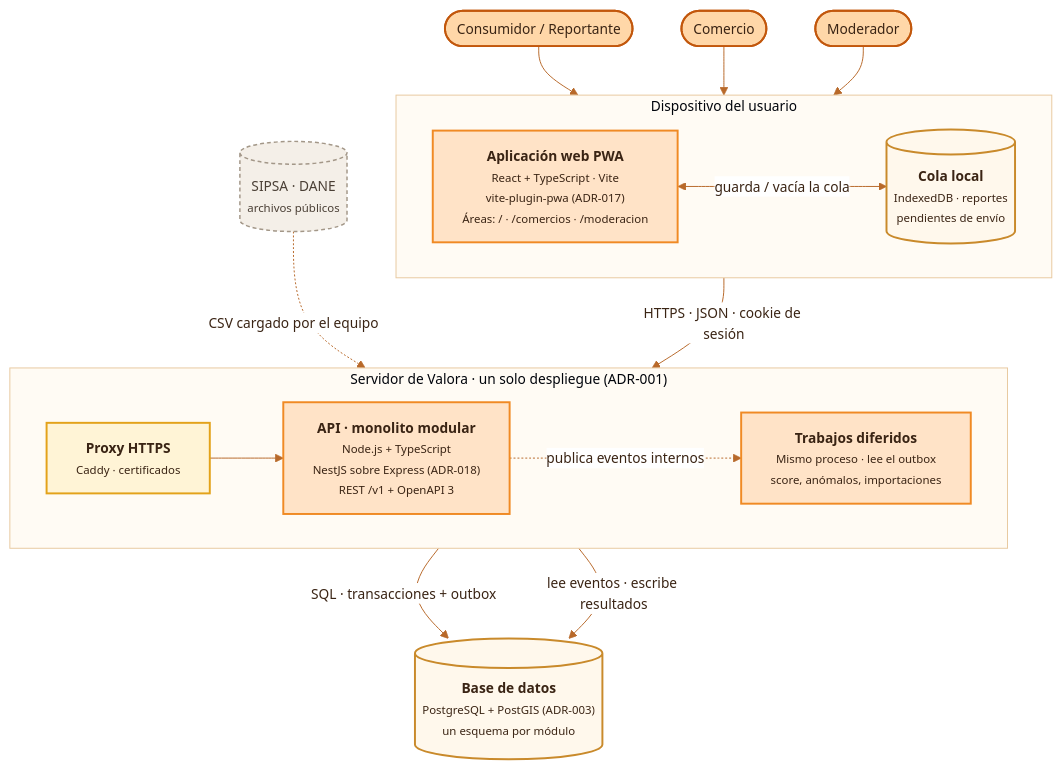
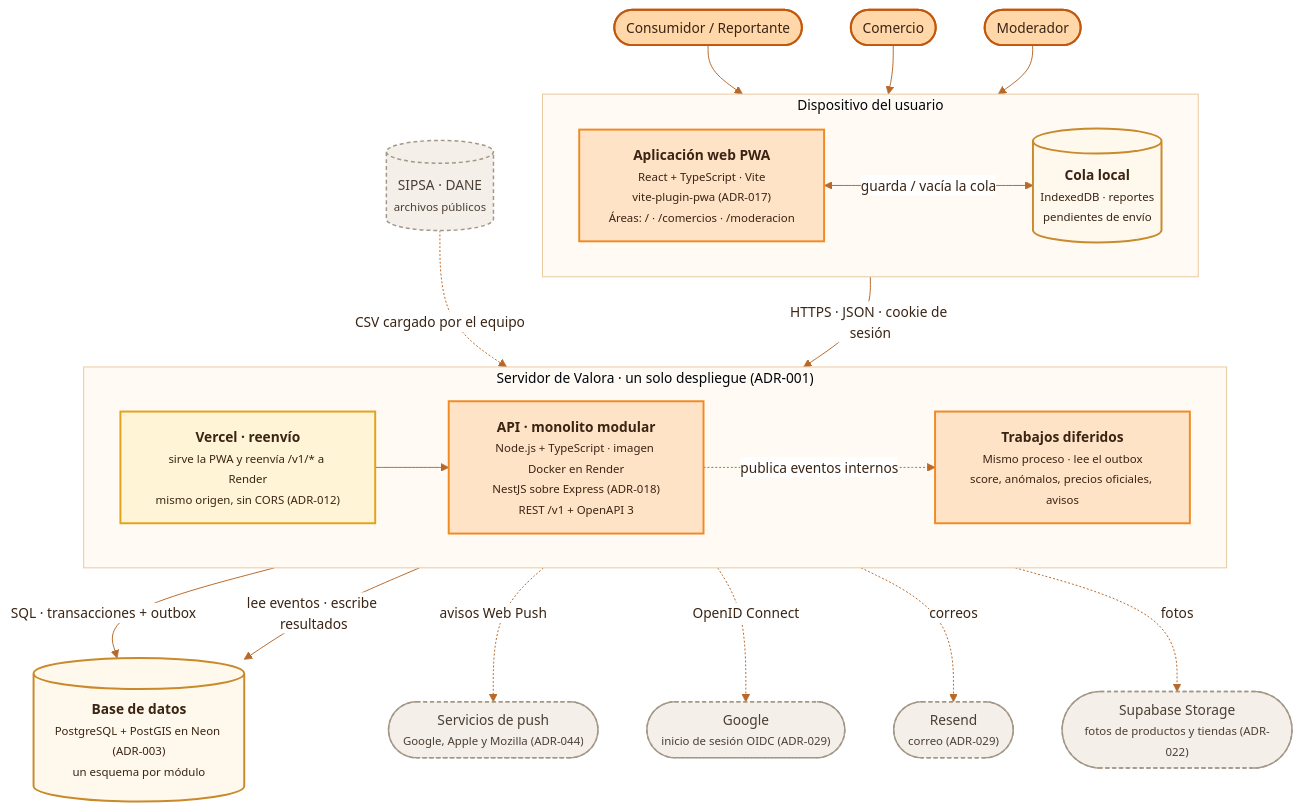
Before and after one commit to JuanJo0775/Sistema_valora_B: the diagram in docs/diagramas/02-c4-contenedores.mmd, drawn with Mermaid. The commit also changed 6 other files, not shown here.

First line of the commit message:
docs(diagramas): actualizar 02, 03, 06, 08, 12 y 13 al despliegue y al módulo comercial reales (#210)

```diff
--- a/docs/diagramas/02-c4-contenedores.mmd
+++ b/docs/diagramas/02-c4-contenedores.mmd
@@ -1,38 +1,46 @@
 %%{init: {"theme":"base","themeVariables":{"fontFamily":"DejaVu Sans, Verdana, Arial, sans-serif","fontSize":"14px","primaryColor":"#FFF1DF","primaryBorderColor":"#F08A24","primaryTextColor":"#3A2414","secondaryColor":"#FFF7D6","tertiaryColor":"#FFFBF4","lineColor":"#B8692A","textColor":"#3A2414","clusterBkg":"#FFFBF4","clusterBorder":"#E8C9A0","edgeLabelBackground":"#FFFFFF","actorBkg":"#FFE3C7","actorBorder":"#F08A24","actorTextColor":"#3A2414","actorLineColor":"#E8B98A","signalColor":"#8A4B14","signalTextColor":"#3A2414","labelBoxBkgColor":"#FFE3C7","labelBoxBorderColor":"#F08A24","labelTextColor":"#3A2414","loopTextColor":"#8A4B14","noteBkgColor":"#FFF7D6","noteBorderColor":"#E3A21A","noteTextColor":"#3A2414","activationBkgColor":"#FFD7A8","activationBorderColor":"#F08A24","sequenceNumberColor":"#FFFFFF"}}}%%
 flowchart TB
   CON(["Consumidor / Reportante"]):::persona
   COM(["Comercio"]):::persona
   MOD(["Moderador"]):::persona
   subgraph DEV["Dispositivo del usuario"]
     direction LR
     WEB["<b>Aplicación web PWA</b><br/><small>React + TypeScript · Vite<br/>vite-plugin-pwa (ADR-017)<br/>Áreas: / · /comercios · /moderacion</small>"]:::nucleo
     IDB[("<b>Cola local</b><br/><small>IndexedDB · reportes<br/>pendientes de envío</small>")]:::datos
   end
   subgraph SRV["Servidor de Valora · un solo despliegue (ADR-001)"]
     direction LR
-    PX["<b>Proxy HTTPS</b><br/><small>Caddy · certificados</small>"]:::soporte
-    APP["<b>API · monolito modular</b><br/><small>Node.js + TypeScript<br/>NestJS sobre Express (ADR-018)<br/>REST /v1 + OpenAPI 3</small>"]:::nucleo
-    JOB["<b>Trabajos diferidos</b><br/><small>Mismo proceso · lee el outbox<br/>score, anómalos, importaciones</small>"]:::nucleo
+    PX["<b>Vercel · reenvío</b><br/><small>sirve la PWA y reenvía /v1/* a Render<br/>mismo origen, sin CORS (ADR-012)</small>"]:::soporte
+    APP["<b>API · monolito modular</b><br/><small>Node.js + TypeScript · imagen Docker en Render<br/>NestJS sobre Express (ADR-018)<br/>REST /v1 + OpenAPI 3</small>"]:::nucleo
+    JOB["<b>Trabajos diferidos</b><br/><small>Mismo proceso · lee el outbox<br/>score, anómalos, precios oficiales, avisos</small>"]:::nucleo
   end
-  DB[("<b>Base de datos</b><br/><small>PostgreSQL + PostGIS (ADR-003)<br/>un esquema por módulo</small>")]:::datos
+  DB[("<b>Base de datos</b><br/><small>PostgreSQL + PostGIS en Neon (ADR-003)<br/>un esquema por módulo</small>")]:::datos
   SIP[("SIPSA · DANE<br/><small>archivos públicos</small>")]:::externo
+  PUSH(["Servicios de push<br/><small>Google, Apple y Mozilla (ADR-044)</small>"]):::externo
+  GOO(["Google<br/><small>inicio de sesión OIDC (ADR-029)</small>"]):::externo
+  RES(["Resend<br/><small>correo (ADR-029)</small>"]):::externo
+  SUP(["Supabase Storage<br/><small>fotos de productos y tiendas (ADR-022)</small>"]):::externo
   CON --> WEB
   COM --> WEB
   MOD --> WEB
   WEB <-->|"guarda / vacía la cola"| IDB
   WEB -->|"HTTPS · JSON · cookie de sesión"| PX
   PX --> APP
   APP -->|"SQL · transacciones + outbox"| DB
   JOB -->|"lee eventos · escribe resultados"| DB
   APP -.->|"publica eventos internos"| JOB
   SIP -.->|"CSV cargado por el equipo"| APP
+  JOB -.->|"avisos Web Push"| PUSH
+  APP -.->|"OpenID Connect"| GOO
+  APP -.->|"correos"| RES
+  APP -.->|"fotos"| SUP
 
 classDef persona fill:#FFD7A8,stroke:#C2570C,stroke-width:2px,color:#3A2414
 classDef sistema fill:#FD8A2E,stroke:#C2570C,stroke-width:2px,color:#2A1405
 classDef nucleo fill:#FFE3C7,stroke:#F08A24,stroke-width:2px,color:#3A2414
 classDef soporte fill:#FFF4D6,stroke:#E3A21A,stroke-width:2px,color:#3A2414
 classDef evol fill:#FFE6DC,stroke:#E06A3A,stroke-width:2px,stroke-dasharray:6 4,color:#3A2414
 classDef externo fill:#F4EFE8,stroke:#A39788,stroke-width:1.5px,stroke-dasharray:4 3,color:#4A3F35
 classDef datos fill:#FFF8EC,stroke:#C98A2B,stroke-width:2px,color:#3A2414
 classDef dominio fill:#FFFDF7,stroke:#8A4B14,stroke-width:2.5px,color:#3A2414
 classDef nota fill:#FFFBEA,stroke:#E8D49A,stroke-width:1px,color:#6B5530
```
